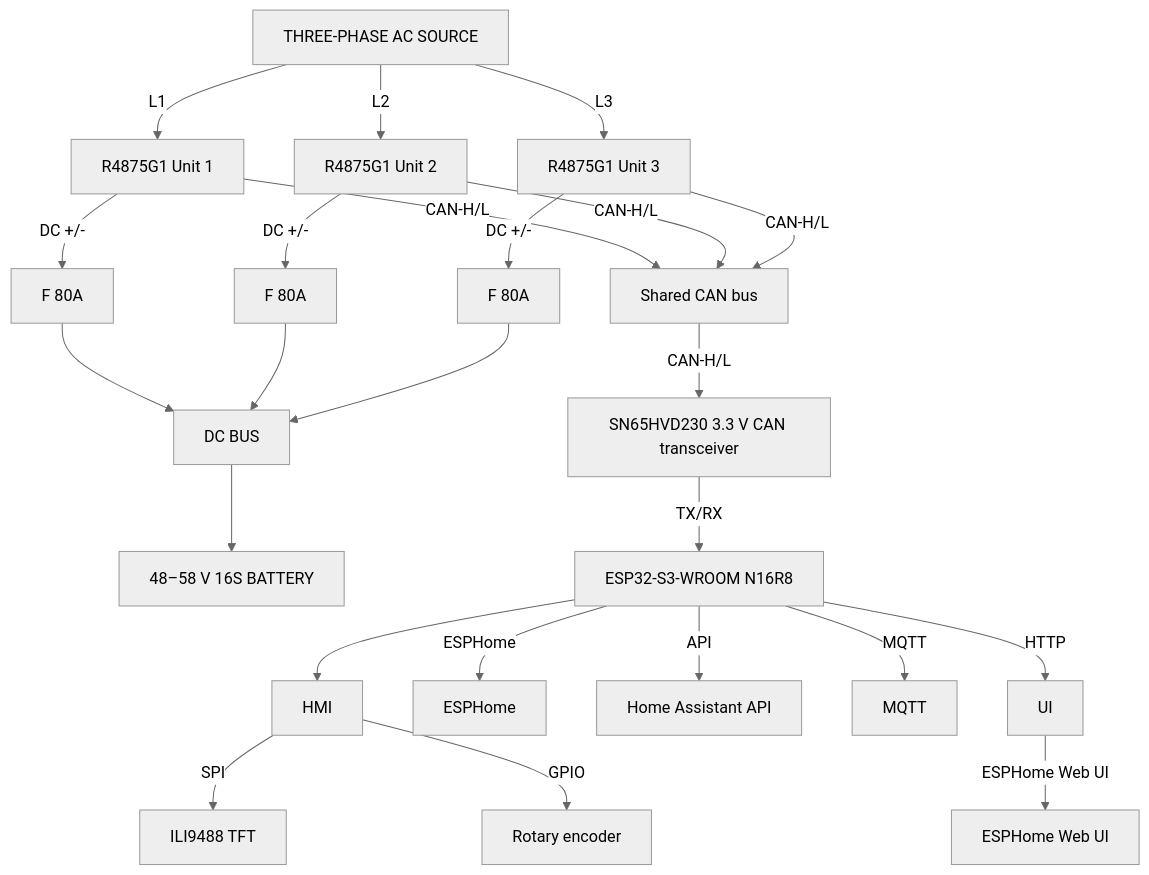
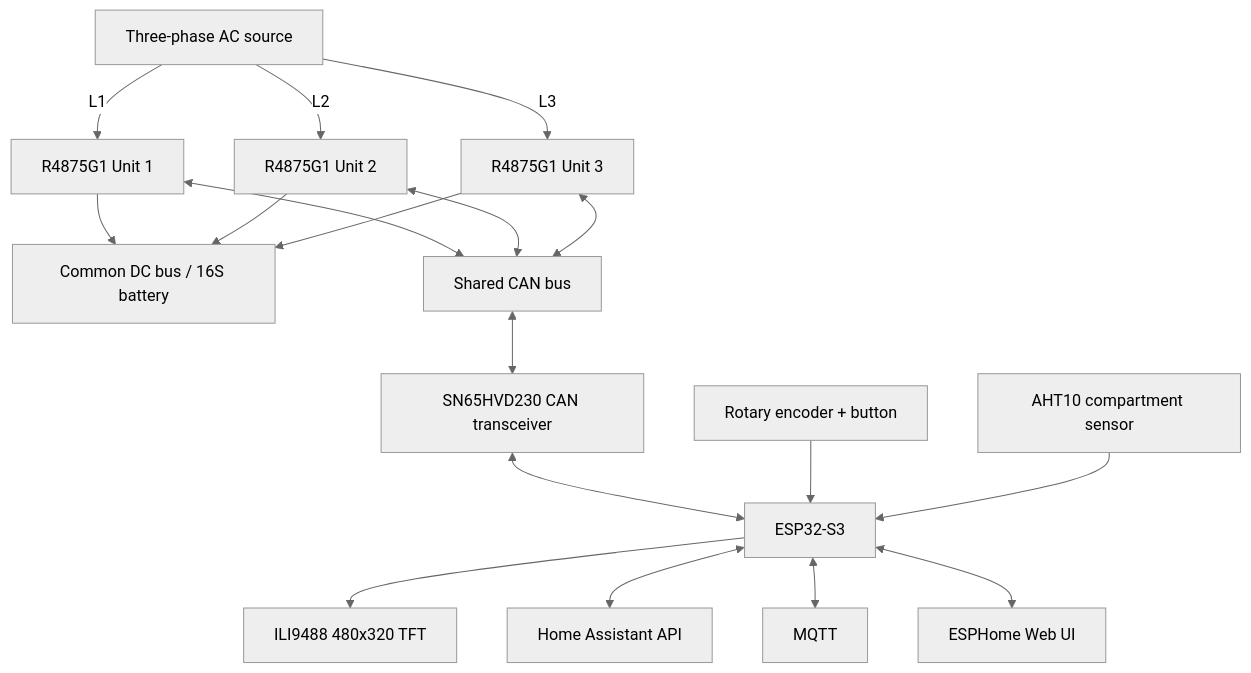
Before and after one commit to anwa/esphome-r4875g1-3phase-charger: the first of 3 diagrams in README.md, drawn with Mermaid (neutral theme). The commit also changed other lines of this file and 1 other file, not shown here.

First line of the commit message:
Synchronize CAN lifecycle and recovery documentation

````diff
--- a/README.md
+++ b/README.md
@@ -176,26 +44,24 @@
 ```mermaid
-graph TD;
-    A[THREE-PHASE AC SOURCE] -->|L1| B[R4875G1 Unit 1]
-    A -->|L2| C[R4875G1 Unit 2]
-    A -->|L3| D[R4875G1 Unit 3]
-    B --> |DC +/-| R[F 80A]
-    C --> |DC +/-| S[F 80A]
-    D --> |DC +/-| T[F 80A]
-    R --> U[DC BUS]
-    S --> U
-    T --> U
-    U --> W[48–58 V 16S BATTERY]
-    B -->|CAN-H/L| E[Shared CAN bus]
-    C -->|CAN-H/L| E
-    D -->|CAN-H/L| E
-    E -->|CAN-H/L| V[SN65HVD230 3.3 V CAN transceiver]
-    V -->|TX/RX| F[ESP32-S3-WROOM N16R8]
-    F --> O[HMI]
-    O -->|SPI| I[ILI9488 TFT]
-    O -->|GPIO| H[Rotary encoder]
-    F -->|ESPHome| G[ESPHome]
-    F -->|API| J[Home Assistant API]
-    F -->|MQTT| K[MQTT]
-    F -->|HTTP| L[UI]
-    L -->|ESPHome Web UI| M[ESPHome Web UI]
+flowchart TD
+    AC[Three-phase AC source] -->|L1| U1[R4875G1 Unit 1]
+    AC -->|L2| U2[R4875G1 Unit 2]
+    AC -->|L3| U3[R4875G1 Unit 3]
+
+    U1 --> DCBUS[Common DC bus / 16S battery]
+    U2 --> DCBUS
+    U3 --> DCBUS
+
+    U1 <--> CAN[Shared CAN bus]
+    U2 <--> CAN
+    U3 <--> CAN
+    CAN <--> PHY[SN65HVD230 CAN transceiver]
+    PHY <--> ESP[ESP32-S3]
+
+    ESP --> TFT[ILI9488 480x320 TFT]
+    ENC[Rotary encoder + button] --> ESP
+    AHT[AHT10 compartment sensor] --> ESP
+
+    ESP <--> HA[Home Assistant API]
+    ESP <--> MQTT[MQTT]
+    ESP <--> WEB[ESPHome Web UI]
 ```
````
